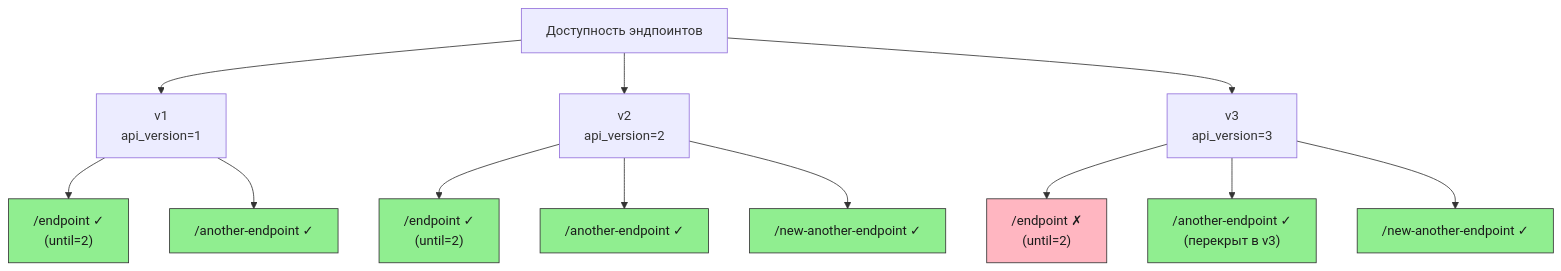
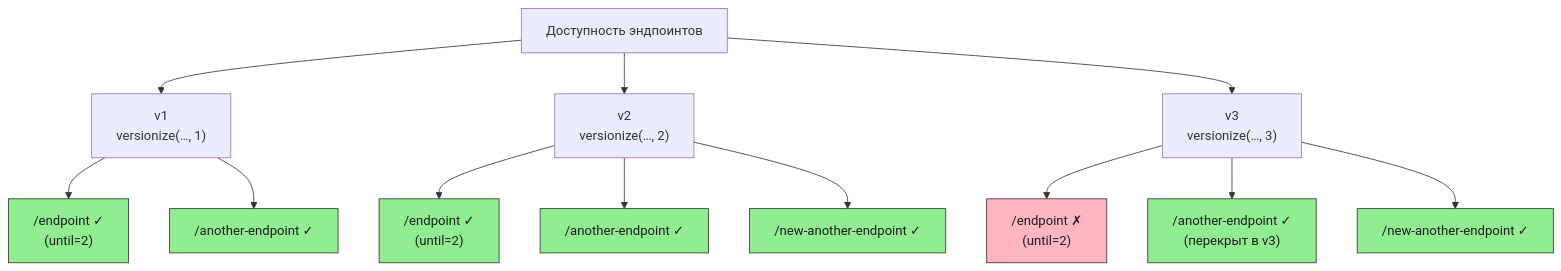
The diagram in docs/ru/examples/simple.md (feodor-ra/fastapi-easy-versioning), drawn with Mermaid before and after one commit. The commit also changed other lines of this file and 21 other files, not shown here.

````diff
--- a/docs/ru/examples/simple.md
+++ b/docs/ru/examples/simple.md
@@ -81,20 +82,20 @@
 ```mermaid
 graph TD
-    A[Доступность эндпоинтов] --> B[v1<br/>api_version=1]
-    A --> C[v2<br/>api_version=2]
-    A --> D[v3<br/>api_version=3]
+    A[Доступность эндпоинтов] --> B["v1<br/>versionize(…, 1)"]
+    A --> C["v2<br/>versionize(…, 2)"]
+    A --> D["v3<br/>versionize(…, 3)"]
 
     B --> B1["/endpoint ✓<br/>(until=2)"]:::available
     B --> B2["/another-endpoint ✓"]:::available
 
     C --> C1["/endpoint ✓<br/>(until=2)"]:::available
     C --> C2["/another-endpoint ✓"]:::available
     C --> C3["/new-another-endpoint ✓"]:::available
 
     D --> D1["/endpoint ✗<br/>(until=2)"]:::missing
     D --> D2["/another-endpoint ✓<br/>(перекрыт в v3)"]:::available
     D --> D3["/new-another-endpoint ✓"]:::available
 
     classDef available fill:#90EE90,stroke:#333,color:#1b1b1b
     classDef missing fill:#FFB6C1,stroke:#333,color:#1b1b1b
 ```
````
